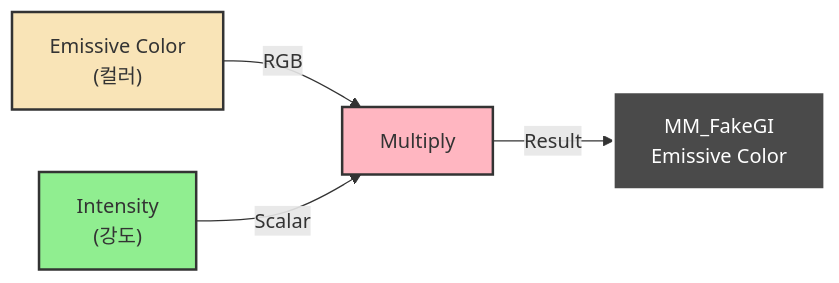
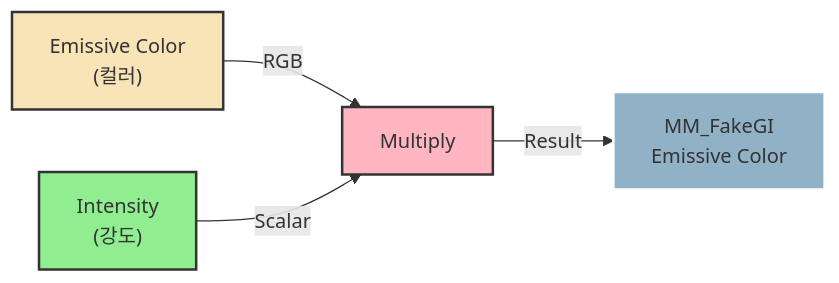
One commit to RolldiceAlliwon/antswer changed the diagram in content/Domain/Unreal/Lumen Fake-GI Technic.md. Above: the diagram before and after it, drawn with Mermaid. The commit also changed 1 other file, not shown here.

Commit message:
file format

````diff
--- a/content/Domain/Unreal/Lumen Fake-GI Technic.md
+++ b/content/Domain/Unreal/Lumen Fake-GI Technic.md
@@ -32,11 +32,11 @@
 ```mermaid
 graph LR
     A["Emissive Color<br/>(컬러)"] -->|RGB| C[Multiply]
     B["Intensity<br/>(강도)"] -->|Scalar| C
     C -->|Result| D["MM_FakeGI<br/>Emissive Color"]
     
     style A fill:#f9e4b7,stroke:#333,stroke-width:2px
     style B fill:#90EE90,stroke:#333,stroke-width:2px
     style C fill:#FFB6C1,stroke:#333,stroke-width:2px
-    style D fill:#4a4a4a,stroke:#fff,stroke-width:2px,color:#fff
+    style D fill:#90B1C6,stroke:#fff,stroke-width:2px
 ```
````
